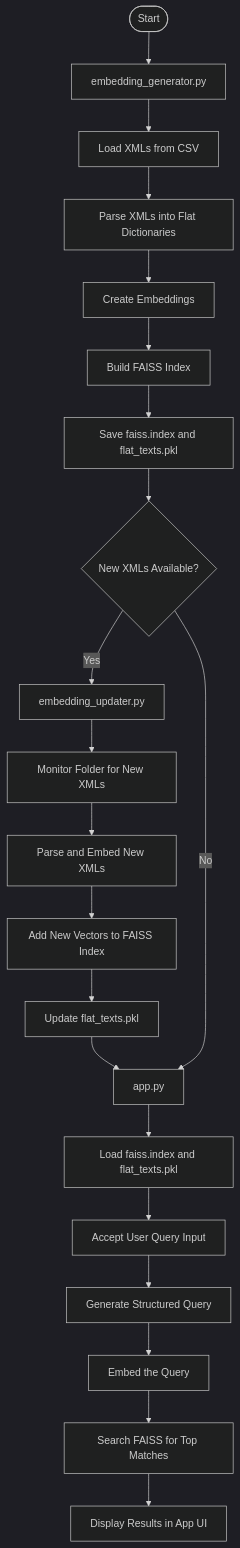
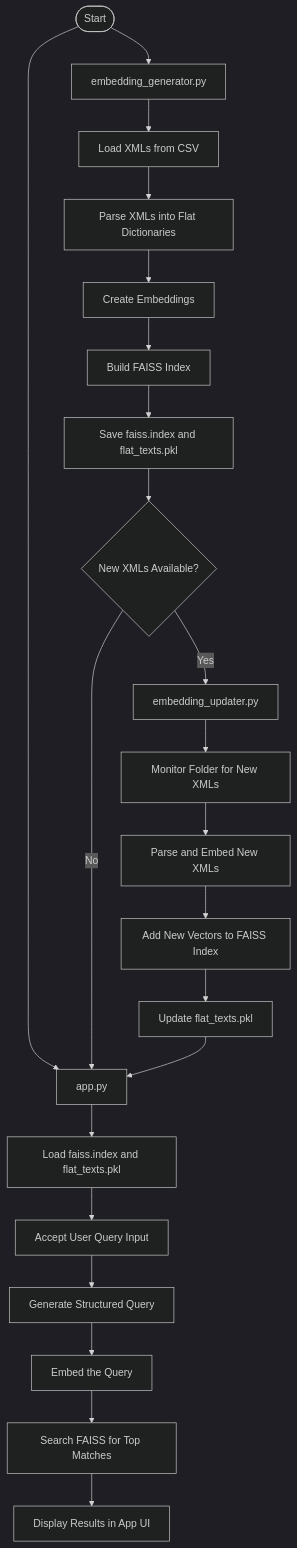
The diagram in mytext.md (Kumaragurusankar/AIExamples), drawn with Mermaid (dark theme) before and after one commit.

````diff
--- a/mytext.md
+++ b/mytext.md
@@ -1,27 +1,30 @@
 ```mermaid
 flowchart TD
     A([Start]) --> B[embedding_generator.py]
+    A --> E[app.py]
+
+    %% Embedding Generation Flow
     B --> B1[Load XMLs from CSV]
     B1 --> B2[Parse XMLs into Flat Dictionaries]
     B2 --> B3[Create Embeddings]
     B3 --> B4[Build FAISS Index]
     B4 --> B5[Save faiss.index and flat_texts.pkl]
 
     B5 --> C{New XMLs Available?}
+    C -- Yes --> D[embedding_updater.py]
+    C -- No --> E
 
-    C -- Yes --> D[embedding_updater.py]
     D --> D1[Monitor Folder for New XMLs]
     D1 --> D2[Parse and Embed New XMLs]
     D2 --> D3[Add New Vectors to FAISS Index]
     D3 --> D4[Update flat_texts.pkl]
-    D4 --> E[app.py]
+    D4 --> E
 
-    C -- No --> E
-
+    %% Search Flow
     E --> E1[Load faiss.index and flat_texts.pkl]
     E1 --> E2[Accept User Query Input]
     E2 --> E3[Generate Structured Query]
     E3 --> E4[Embed the Query]
     E4 --> E5[Search FAISS for Top Matches]
     E5 --> E6[Display Results in App UI]
 ```
````
